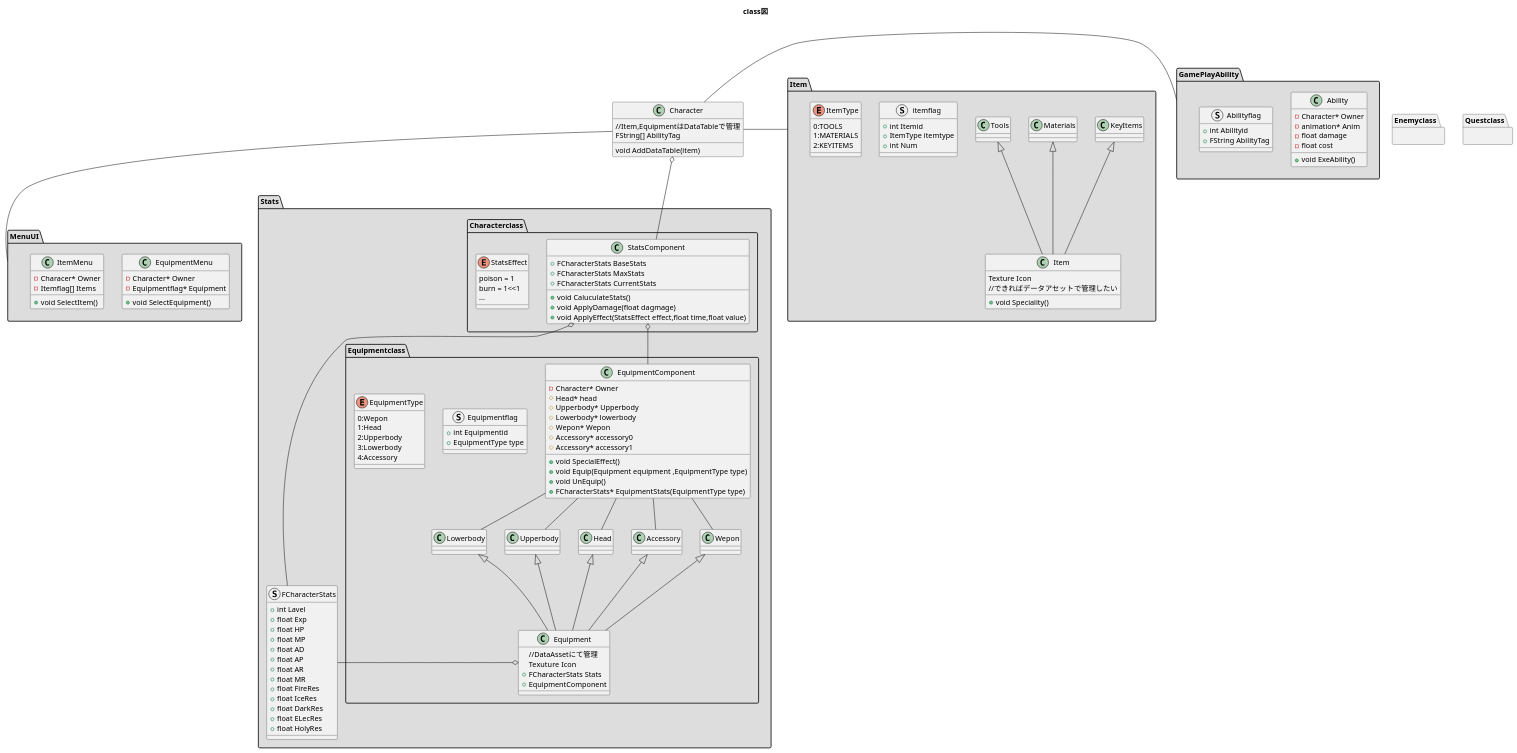
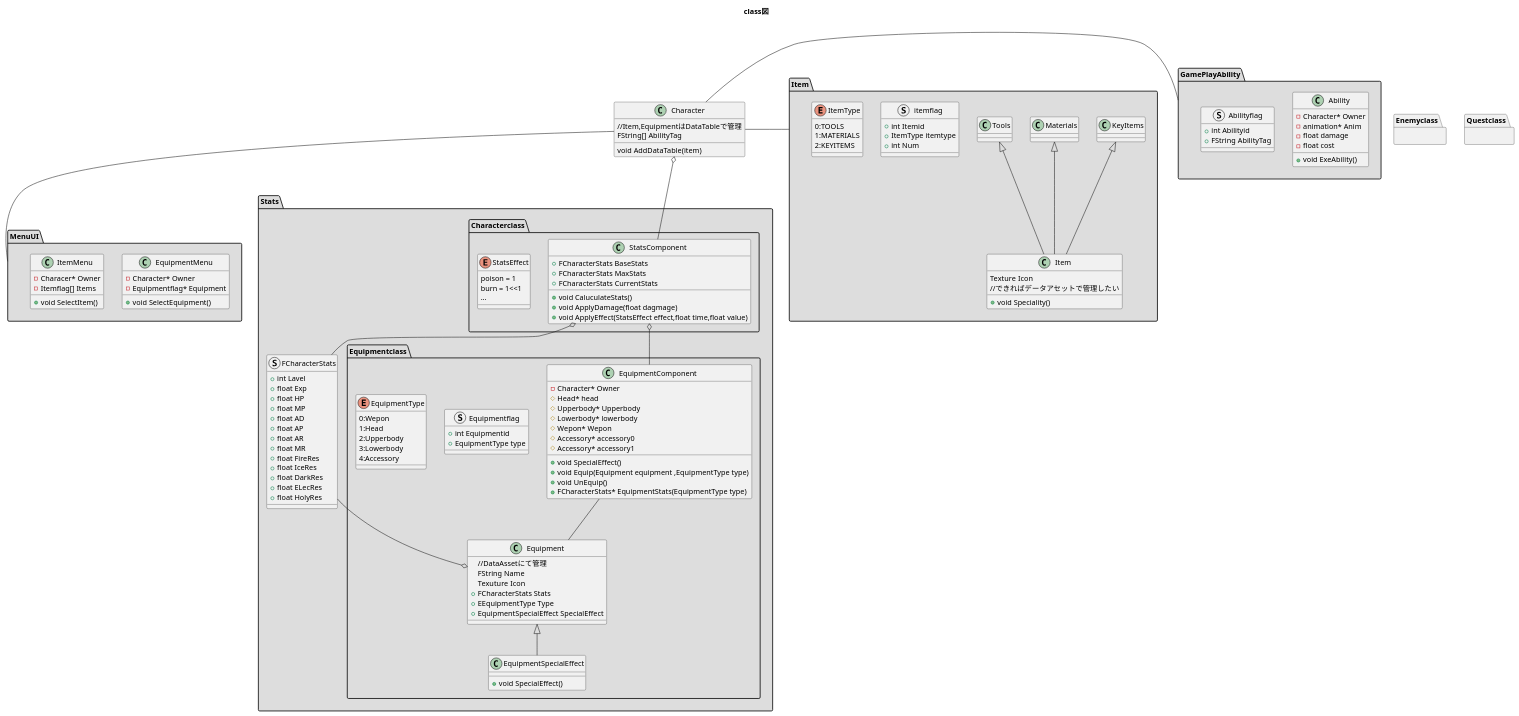
The diagram in MsgicLibrary/MagicLibraryClass.pu (shutouyusei/UML), drawn with PlantUML before and after one commit.

Commit message:
EquipmentClass

```diff
--- a/MsgicLibrary/MagicLibraryClass.pu
+++ b/MsgicLibrary/MagicLibraryClass.pu
@@ -1,178 +1,171 @@
 @startuml
 title class図
 class Character
 {
     void AddDataTable(item)
     //Item,EquipmentはDataTableで管理
     FString[] AbilityTag
 }
 
 package MenuUI #DDDDDD
 {
     class EquipmentMenu
     {
         -Character* Owner
         -Equipmentflag* Equipment
         +void SelectEquipment()
     }  
     class ItemMenu
     {
         -Characer* Owner
         -Itemflag[] Items
         +void SelectItem()
     }
 }
 
 package Stats #DDDDDD
 {
     struct FCharacterStats
     {
         +int Lavel
         +float Exp
         +float HP
         +float MP
         +float AD
         +float AP
         +float AR
         +float MR
         +float FireRes
         +float IceRes
         +float DarkRes
         +float ELecRes
         +float HolyRes
     }
 
 
     package "Equipmentclass" #DDDDDD {
         class Equipment
         {
             //DataAssetにて管理
+            FString Name
             Texuture Icon
             +FCharacterStats Stats
-            +EquipmentComponent
+            +EEquipmentType Type
+            +EquipmentSpecialEffect SpecialEffect
         }
-        class Wepon
-        class Accessory
-        class Head
-        class Upperbody
-        class Lowerbody
         struct Equipmentflag
         {
             +int Equipmentid
             +EquipmentType type
         }
         class EquipmentComponent
         {
             +void SpecialEffect()
         }
         enum EquipmentType{
             0:Wepon
             1:Head
             2:Upperbody
             3:Lowerbody
             4:Accessory
         }
         class EquipmentComponent
         {
             -Character* Owner
             #Head* head
             #Upperbody* Upperbody
             #Lowerbody* lowerbody
             #Wepon* Wepon
             #Accessory* accessory0
             #Accessory* accessory1
             +void Equip(Equipment equipment ,EquipmentType type)
             +void UnEquip()
             +FCharacterStats* EquipmentStats(EquipmentType type)
         }
-        Equipment -up-|> Wepon 
-        Equipment -up-|> Accessory
-        Equipment -up-|> Head
-        Equipment -up-|> Upperbody
-        Equipment -up-|> Lowerbody
-        Wepon -up- EquipmentComponent
-        Accessory -up- EquipmentComponent
-        Head -up- EquipmentComponent
-        Upperbody -up- EquipmentComponent
-        Lowerbody -up- EquipmentComponent
+        class EquipmentSpecialEffect
+        {
+            +void SpecialEffect()
+        }
+        EquipmentSpecialEffect -up-|> Equipment
+        Equipment-up- EquipmentComponent
         }
     package "Characterclass" #DDDDDD {
         class StatsComponent
         {
             +FCharacterStats BaseStats
             +FCharacterStats MaxStats
             +FCharacterStats CurrentStats
             +void CaluculateStats()
             +void ApplyDamage(float dagmage)
             +void ApplyEffect(StatsEffect effect,float time,float value)
         }
         enum StatsEffect
         {
             poison = 1
             burn = 1<<1
             ...
         }
         EquipmentComponent -up-o StatsComponent
         StatsComponent -up-o Character
         FCharacterStats -up-o StatsComponent
         FCharacterStats -o Equipment
     } 
 }
 package GamePlayAbility #DDDDDD
 {
     class Ability
     {
         -Character* Owner
         -animation* Anim
         -float damage
         -float cost
         +void ExeAbility()
     }
     struct Abilityflag
     {
         +int Abilityid
         +FString AbilityTag
     }
 }
 
 package Item #DDDDDD
 {
     class Item
     {
         Texture Icon
         //できればデータアセットで管理したい
         +void Speciality()
     }
     class Tools
     class Materials
     class KeyItems
 
     struct itemflag
     {
         +int Itemid
         +ItemType itemtype
         +int Num
     }
     enum ItemType{
         0:TOOLS
         1:MATERIALS
         2:KEYITEMS
     }
     Item -up-|> Tools
     Item -up-|> Materials
     Item -up-|> KeyItems
 }
 package Enemyclass
 {
 
 }
 package Questclass
 {
     
 }
 MenuUI -up- Character
 Item -right- Character
 GamePlayAbility -left- Character
 
 
 @enduml
```
